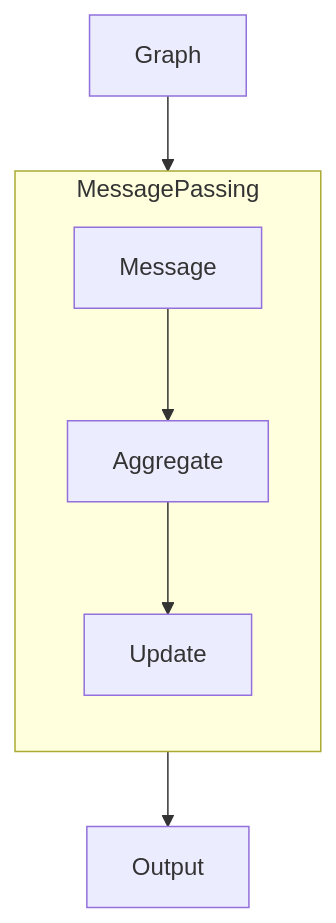
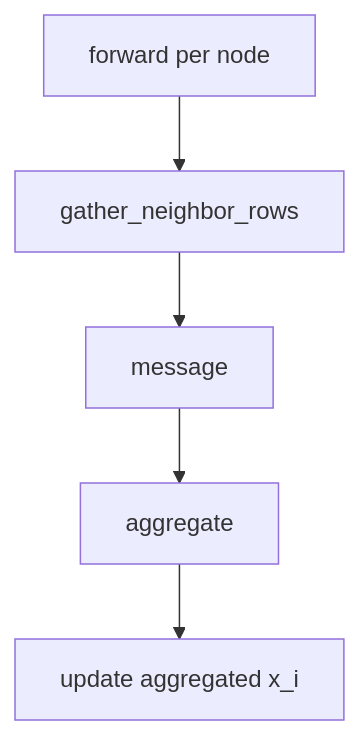
One commit to Ronak-Pradhan/gnn-lab changed the second of 2 diagrams in docs/ARCHITECTURE.md. Above: the diagram before and after it, drawn with Mermaid. The commit also changed other lines of this file and 2 other files, not shown here.

Commit message:
Updated architecture performance and roadmap docs

````diff
--- a/docs/ARCHITECTURE.md
+++ b/docs/ARCHITECTURE.md
@@ -21,9 +55,7 @@
 ```mermaid
 flowchart TB
-  subgraph MessagePassing
-    direction TB
-    M[Message] --> A[Aggregate] --> U[Update]
-  end
-  
-  G[Graph] --> MessagePassing --> O[Output]
+  forward[forward per node] --> gather[gather_neighbor_rows]
+  gather --> msg[message]
+  msg --> aggr[aggregate]
+  aggr --> upd[update aggregated x_i]
 ```
````
